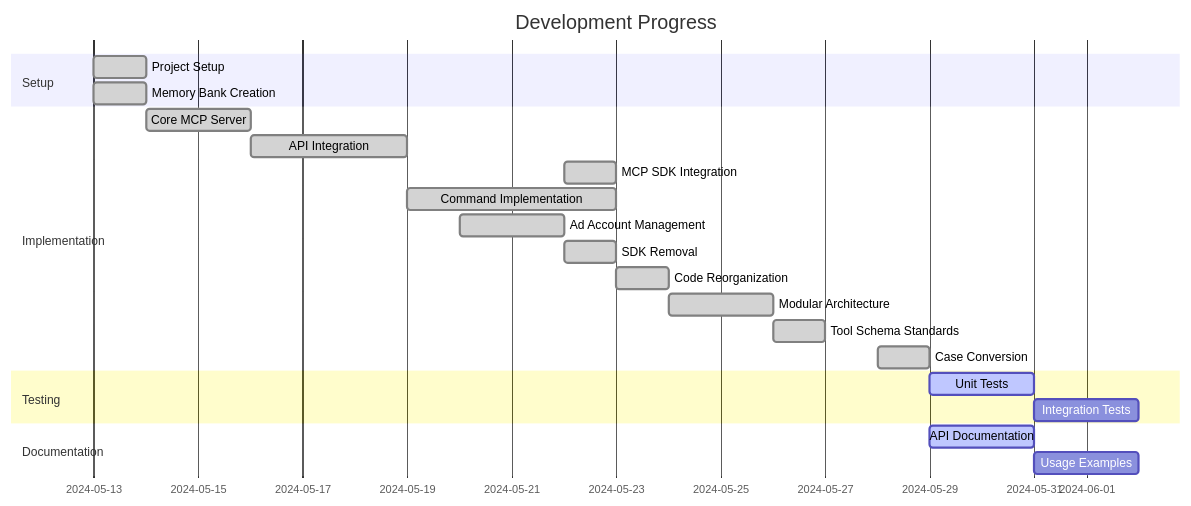
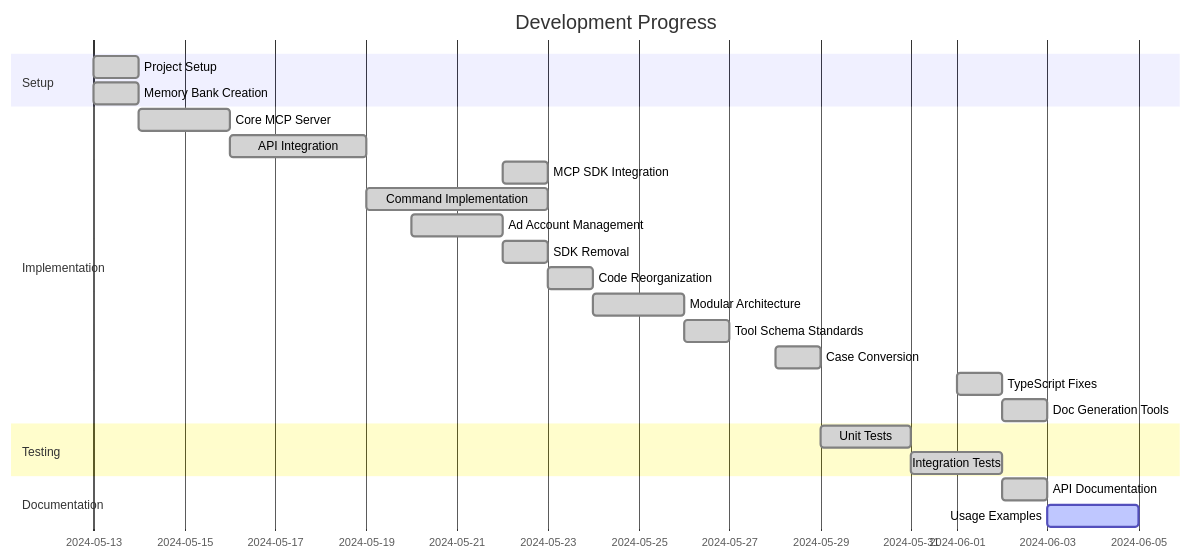
One commit to hafidsousa/meta-mcp changed the diagram in memory-bank/activeContext.md. Above: the diagram before and after it, drawn with Mermaid. The commit also changed other lines of this file and 19 other files, not shown here.

First line of the commit message:
feat: Enhance documentation and error handling in Facebook Marketing API integration

````diff
--- a/memory-bank/activeContext.md
+++ b/memory-bank/activeContext.md
@@ -78,25 +82,27 @@
 ```mermaid
 gantt
     title Development Progress
     dateFormat  YYYY-MM-DD
     section Setup
     Project Setup           :done, 2024-05-13, 1d
     Memory Bank Creation    :done, 2024-05-13, 1d
     section Implementation
     Core MCP Server        :done, 2024-05-14, 2d
     API Integration        :done, 2024-05-16, 3d
     MCP SDK Integration    :done, 2024-05-22, 1d
     Command Implementation :done, 2024-05-19, 4d
     Ad Account Management  :done, 2024-05-20, 2d
     SDK Removal            :done, 2024-05-22, 1d
     Code Reorganization    :done, 2024-05-23, 1d
     Modular Architecture   :done, 2024-05-24, 2d
     Tool Schema Standards  :done, 2024-05-26, 1d
     Case Conversion        :done, 2024-05-28, 1d
+    TypeScript Fixes       :done, 2024-06-01, 1d
+    Doc Generation Tools   :done, 2024-06-02, 1d
     section Testing
-    Unit Tests            :active, 2024-05-29, 2d
-    Integration Tests     :2024-05-31, 2d
+    Unit Tests            :done, 2024-05-29, 2d
+    Integration Tests     :done, 2024-05-31, 2d
     section Documentation
-    API Documentation     :active, 2024-05-29, 2d
-    Usage Examples        :2024-05-31, 2d
+    API Documentation     :done, 2024-06-02, 1d
+    Usage Examples        :active, 2024-06-03, 2d
 ```
````
